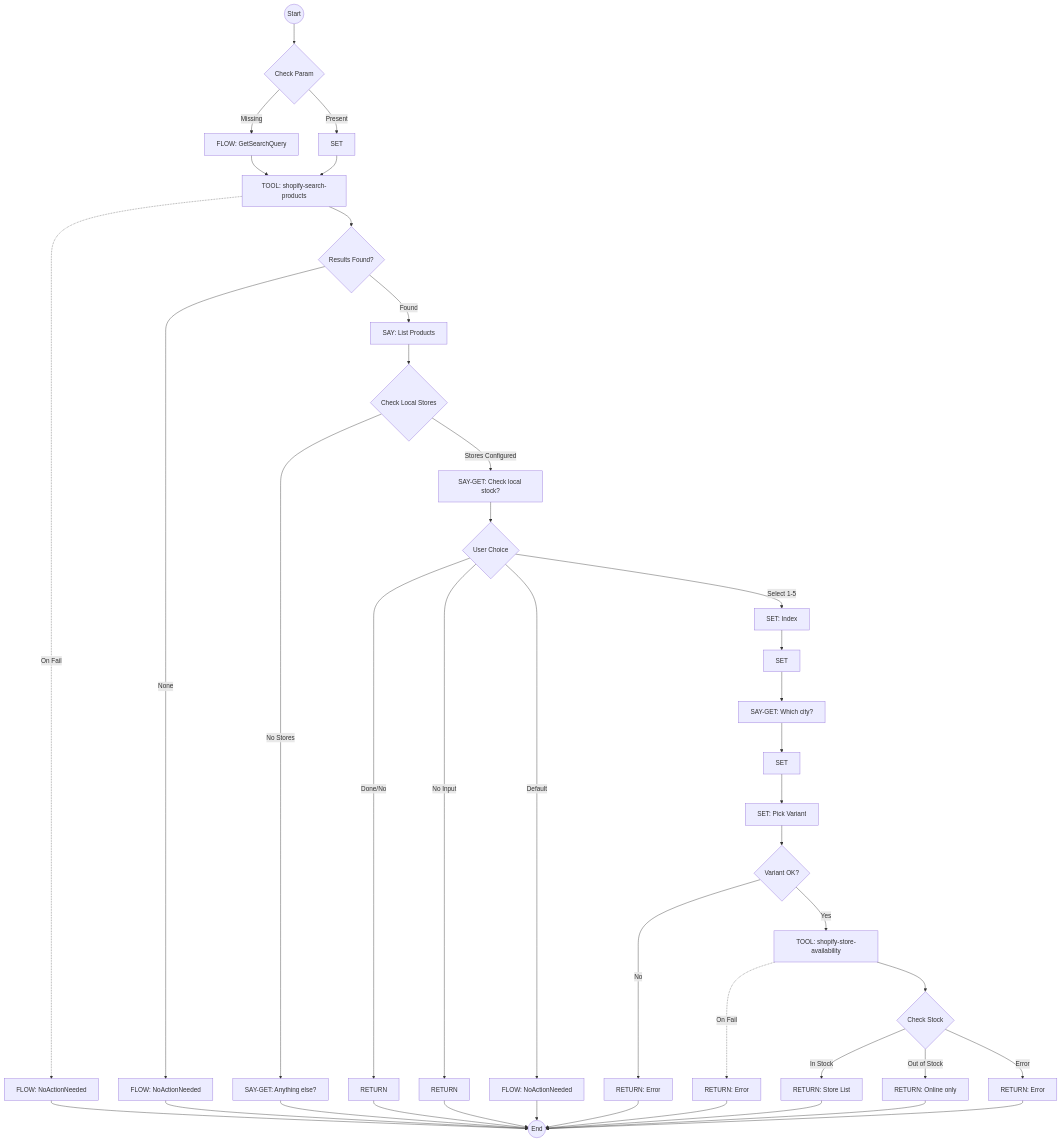
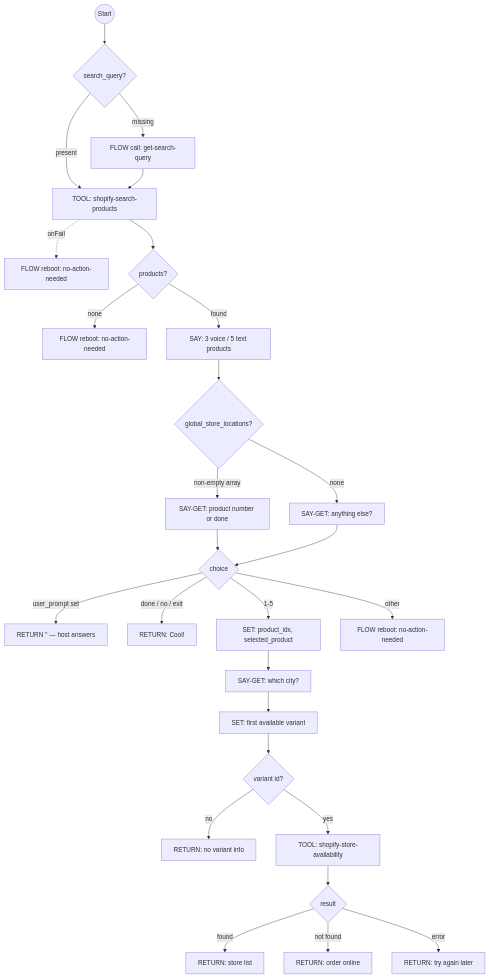
The first of 6 diagrams in docs/shopify-flows.md (ronpinkas/jsfe), drawn with Mermaid before and after one commit. The commit also changed other lines of this file and 3 other files, not shown here.

````diff
--- a/docs/shopify-flows.md
+++ b/docs/shopify-flows.md
@@ -25,53 +75,29 @@
 ```mermaid
 graph TD
-    start((Start)) --> get_search_query_if_no_param{Check Param}
-    get_search_query_if_no_param -->|Missing| ask_for_search_query[FLOW: GetSearchQuery]
-    get_search_query_if_no_param -->|Present| proceed_with_search[SET]
-    
+    start((Start)) --> has_query{search_query?}
+    has_query -->|missing| ask_for_search_query[FLOW call: get-search-query]
+    has_query -->|present| search_products
     ask_for_search_query --> search_products[TOOL: shopify-search-products]
-    proceed_with_search --> search_products
-    
-    search_products --> display_results{Results Found?}
-    search_products -.->|On Fail| search_failed[FLOW: NoActionNeeded]
-    
-    display_results -->|Found| show_results[SAY: List Products]
-    display_results -->|None| no_results[FLOW: NoActionNeeded]
-    
-    show_results --> check_global_store_locations{Check Local Stores}
-    check_global_store_locations -->|Stores Configured| ask_store_check[SAY-GET: Check local stock?]
-    check_global_store_locations -->|No Stores| all_done[SAY-GET: Anything else?]
-    
-    ask_store_check --> check_product_choice{User Choice}
-    check_product_choice -->|Done/No| end_search[RETURN]
-    check_product_choice -->|Select 1-5| set_product_idx[SET: Index]
-    check_product_choice -->|No Input| no_choice_made[RETURN]
-    check_product_choice -->|Default| invalid_choice[FLOW: NoActionNeeded]
-    
-    set_product_idx --> set_selected_product[SET]
-    set_selected_product --> ask_city[SAY-GET: Which city?]
-    ask_city --> normalize_city[SET]
-    normalize_city --> set_selected_variant[SET: Pick Variant]
-    
-    set_selected_variant --> check_variant_valid{Variant OK?}
-    check_variant_valid -->|Yes| lookup_store_availability[TOOL: shopify-store-availability]
-    check_variant_valid -->|No| no_variants[RETURN: Error]
-    
-    lookup_store_availability --> display_availability{Check Stock}
-    lookup_store_availability -.->|On Fail| availability_failed[RETURN: Error]
-    
-    display_availability -->|In Stock| show_stores[RETURN: Store List]
-    display_availability -->|Out of Stock| no_stock[RETURN: Online only]
-    display_availability -->|Error| availability_error[RETURN: Error]
-    
-    search_failed --> stop((End))
-    no_results --> stop
-    all_done --> stop
-    end_search --> stop
-    no_choice_made --> stop
-    invalid_choice --> stop
-    no_variants --> stop
-    availability_failed --> stop
-    show_stores --> stop
-    no_stock --> stop
-    availability_error --> stop
+    search_products -.->|onFail| search_failed[FLOW reboot: no-action-needed]
+    search_products --> display_results{products?}
+    display_results -->|none| no_results[FLOW reboot: no-action-needed]
+    display_results -->|found| show_results[SAY: 3 voice / 5 text products]
+    show_results --> stores{global_store_locations?}
+    stores -->|non-empty array| ask_store_check[SAY-GET: product number or done]
+    stores -->|none| all_done[SAY-GET: anything else?]
+    ask_store_check --> choice{choice}
+    all_done --> choice
+    choice -->|user_prompt set| no_choice_made["RETURN '' — host answers"]
+    choice -->|done / no / exit| end_search[RETURN: Cool!]
+    choice -->|1-5| set_product_idx[SET: product_idx, selected_product]
+    choice -->|other| invalid_choice[FLOW reboot: no-action-needed]
+    set_product_idx --> ask_city[SAY-GET: which city?]
+    ask_city --> set_selected_variant[SET: first available variant]
+    set_selected_variant --> check_variant_valid{variant id?}
+    check_variant_valid -->|no| no_variants[RETURN: no variant info]
+    check_variant_valid -->|yes| lookup[TOOL: shopify-store-availability]
+    lookup --> display_availability{result}
+    display_availability -->|found| show_stores[RETURN: store list]
+    display_availability -->|not found| no_stock[RETURN: order online]
+    display_availability -->|error| availability_error[RETURN: try again later]
 ```
````
